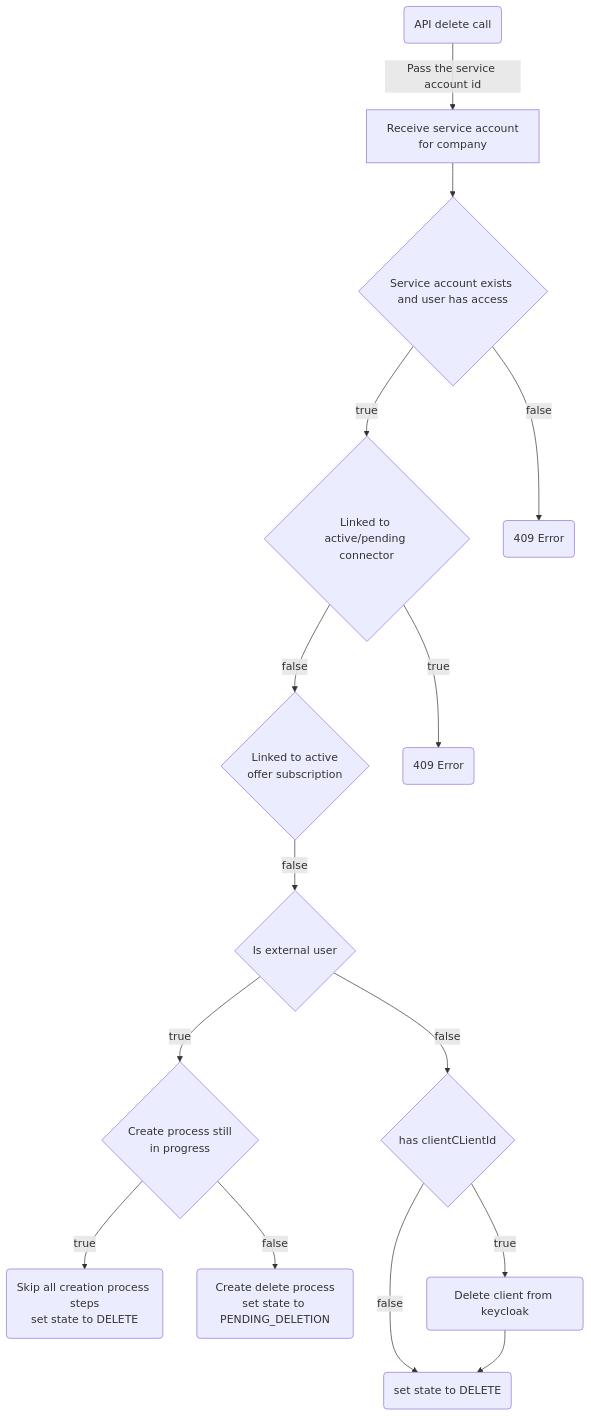
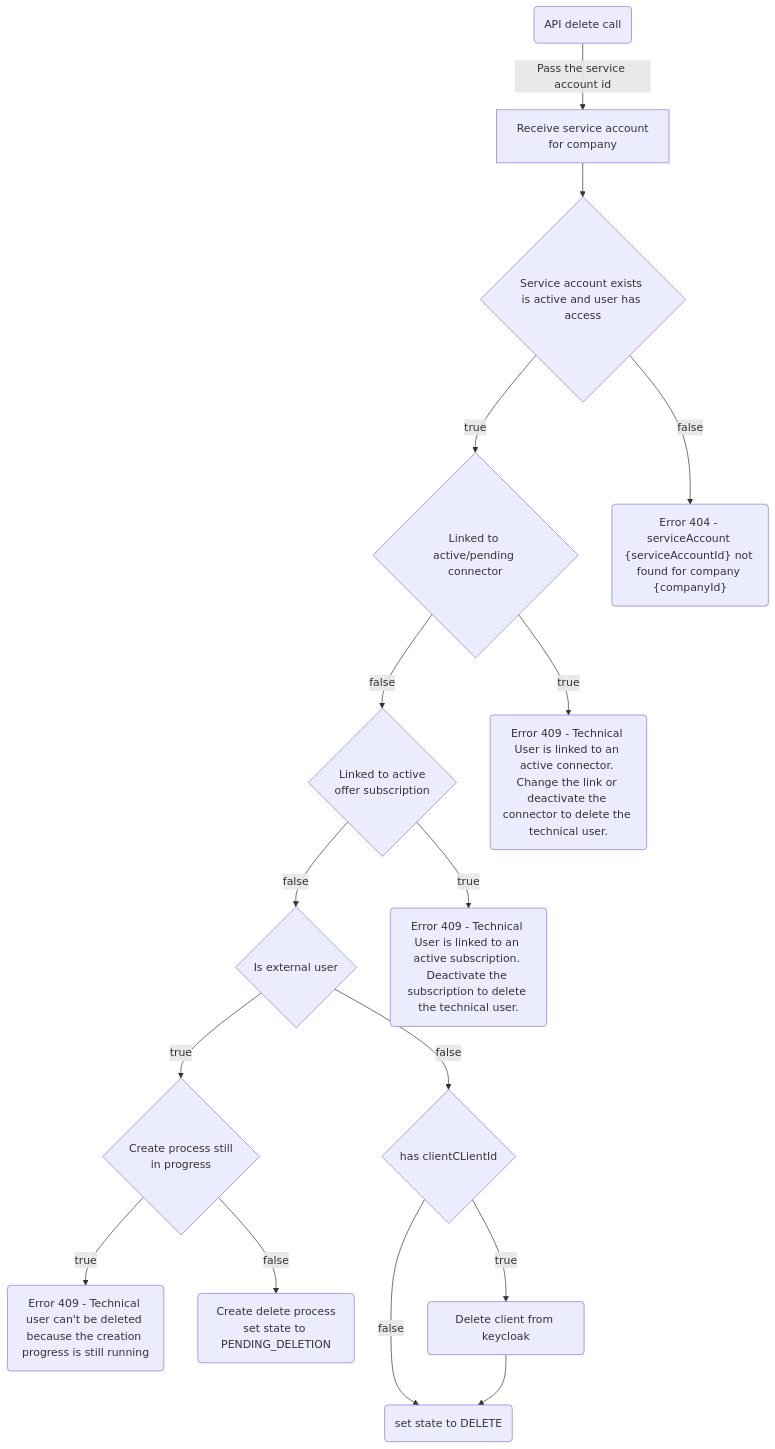
The diagram in docs/developer/03. User Management/03. Technical User/04. Delete Technical User.md (eclipse-tractusx/portal-assets), drawn with Mermaid before and after one commit. The commit also changed other lines of this file, not shown here.

Commit message:
docs: adjust delete technical user documentation
Refs: https://github.com/eclipse-tractusx/portal-backend/issues/950

````diff
--- a/docs/developer/03. User Management/03. Technical User/04. Delete Technical User.md
+++ b/docs/developer/03. User Management/03. Technical User/04. Delete Technical User.md
@@ -20,22 +20,22 @@
 ```mermaid
 flowchart TD
     A(API delete call) -->|Pass the service account id| B["`Receive service account
      for company`"]
-    B --> C{Service account exists and user has access}
+    B --> C{Service account exists is active and user has access}
     C --> |true| D{"`Linked to active/pending connector`"}
-    C --> |false| E(409 Error)
+    C --> |false| E("Error 404 - serviceAccount {serviceAccountId} not found for company {companyId}")
     D --> |false| F{"`Linked to active
      offer subscription`"}
-    D --> |true| G(409 Error)
+    D --> |true| G("`Error 409 - Technical User is linked to an active connector. Change the link or deactivate the connector to delete the technical user.`")
     F --> |false| H{Is external user}
-    H --> |true| I{"`Create process still
+    F --> |true| I("`Error 409 - Technical User is linked to an active subscription. Deactivate the subscription to delete the technical user.`")
+    H --> |true| J{"`Create process still
      in progress`"}
-    I --> |true| J("`Skip all creation process steps
-     set state to DELETE`")
-    I --> |false| K("`Create delete process
+    J --> |true| K("`Error 409 - Technical user can't be deleted because the creation progress is still running`")
+    J --> |false| L("`Create delete process
     set state to PENDING_DELETION`")
-    H --> |false| L{has clientCLientId}
-    L --> |true| M(Delete client from keycloak)
-    L --> |false| N(set state to DELETE)
-    M --> N
+    H --> |false| M{has clientCLientId}
+    M --> |true| N(Delete client from keycloak)
+    M --> |false| O(set state to DELETE)
+    N --> O
 ```
````
